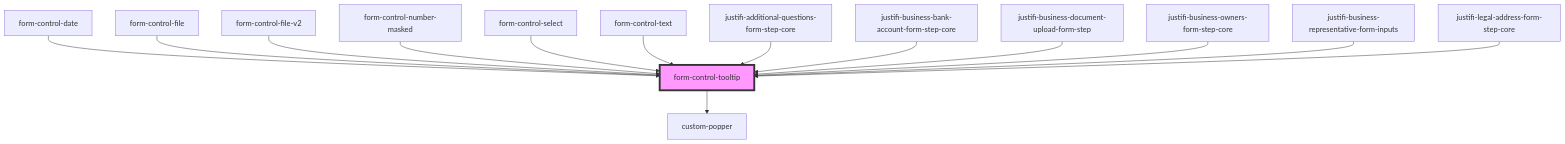
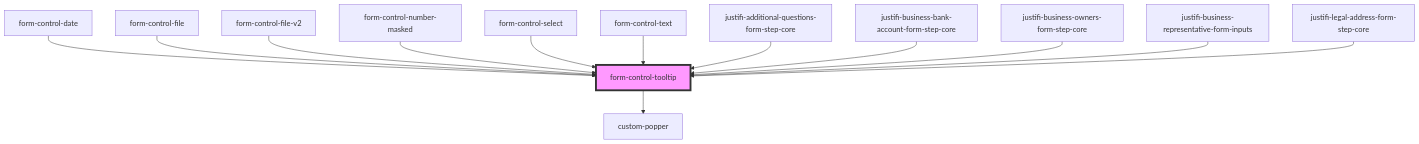
The diagram in packages/webcomponents/src/ui-components/form/form-helpers/form-control-tooltip/readme.md (justifi-tech/web-component-library), drawn with Mermaid before and after one commit. The commit also changed other lines of this file and 8 other files, not shown here.

Commit message:
Remove document upload component files from payment provisioning directory

````diff
--- a/packages/webcomponents/src/ui-components/form/form-helpers/form-control-tooltip/readme.md
+++ b/packages/webcomponents/src/ui-components/form/form-helpers/form-control-tooltip/readme.md
@@ -37,17 +36,16 @@
 ```mermaid
 graph TD;
   form-control-tooltip --> custom-popper
   form-control-date --> form-control-tooltip
   form-control-file --> form-control-tooltip
   form-control-file-v2 --> form-control-tooltip
   form-control-number-masked --> form-control-tooltip
   form-control-select --> form-control-tooltip
   form-control-text --> form-control-tooltip
   justifi-additional-questions-form-step-core --> form-control-tooltip
   justifi-business-bank-account-form-step-core --> form-control-tooltip
-  justifi-business-document-upload-form-step --> form-control-tooltip
   justifi-business-owners-form-step-core --> form-control-tooltip
   justifi-business-representative-form-inputs --> form-control-tooltip
   justifi-legal-address-form-step-core --> form-control-tooltip
   style form-control-tooltip fill:#f9f,stroke:#333,stroke-width:4px
 ```
````
